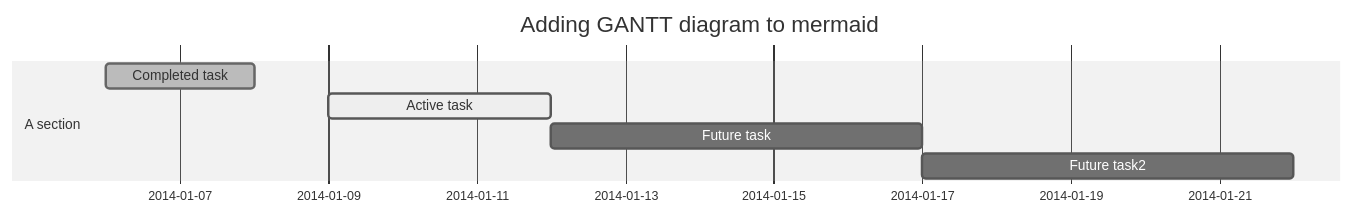
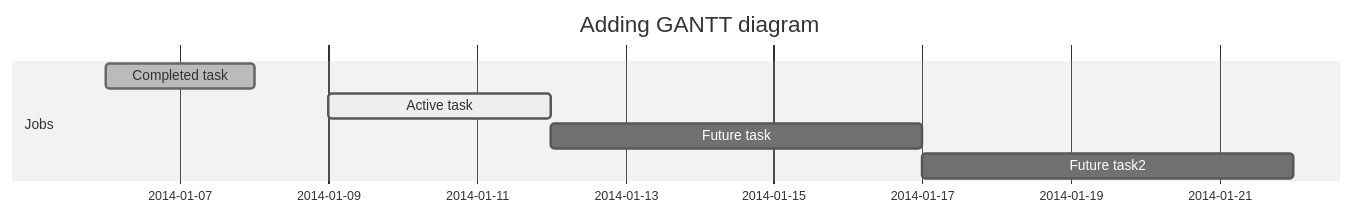
The diagram in _posts/2018-04-06-Practice-Post.md (WeeBeasties/WeeBeasties.github.io), drawn with Mermaid (neutral theme) before and after one commit.

Commit message:
format change

```diff
--- a/_posts/2018-04-06-Practice-Post.md
+++ b/_posts/2018-04-06-Practice-Post.md
@@ -26,11 +26,12 @@
 <div class="mermaid">  
 gantt
 dateFormat  YYYY-MM-DD
-title Adding GANTT diagram to mermaid
+title Adding GANTT diagram
 
-section A section
-Completed task            :done,    des1, 2014-01-06,2014-01-08
-Active task               :active,  des2, 2014-01-09, 3d
-Future task               :         des3, after des2, 5d
-Future task2              :         des4, after des3, 5d  
+section Jobs
+Completed task	:done,	des1, 2014-01-06,2014-01-08
+Active task	:active,	des2, 2014-01-09, 3d
+Future task	:	des3, after des2, 5d
+Future task2	:	des4, after des3, 5d  
+
 </div>
```
